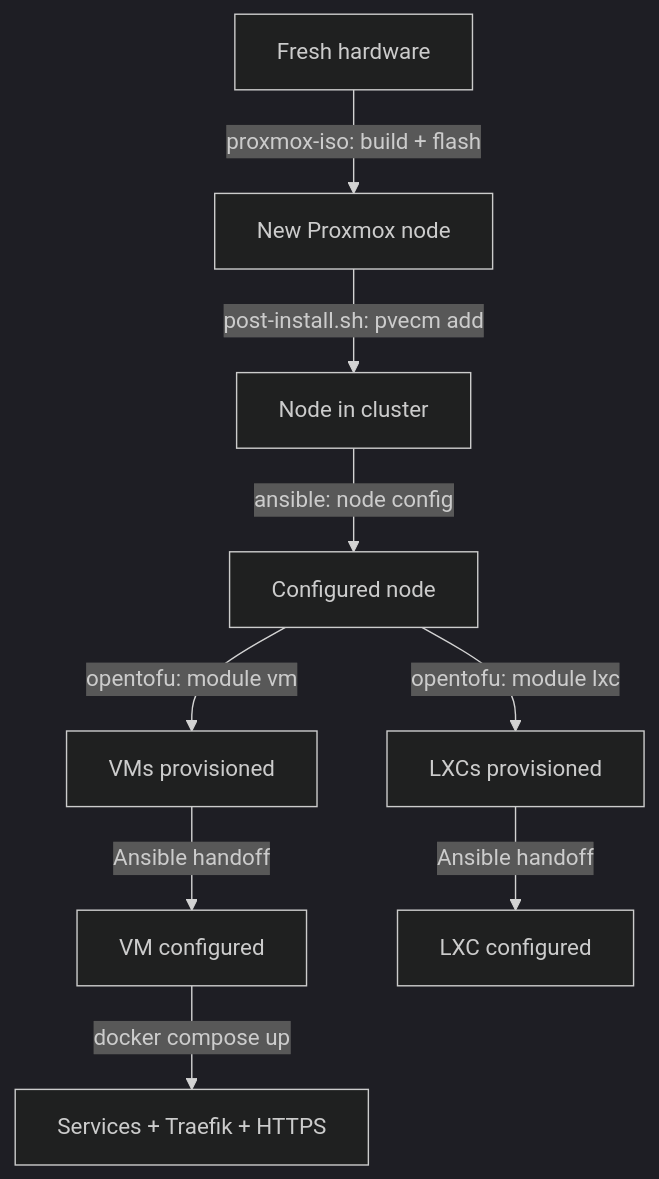
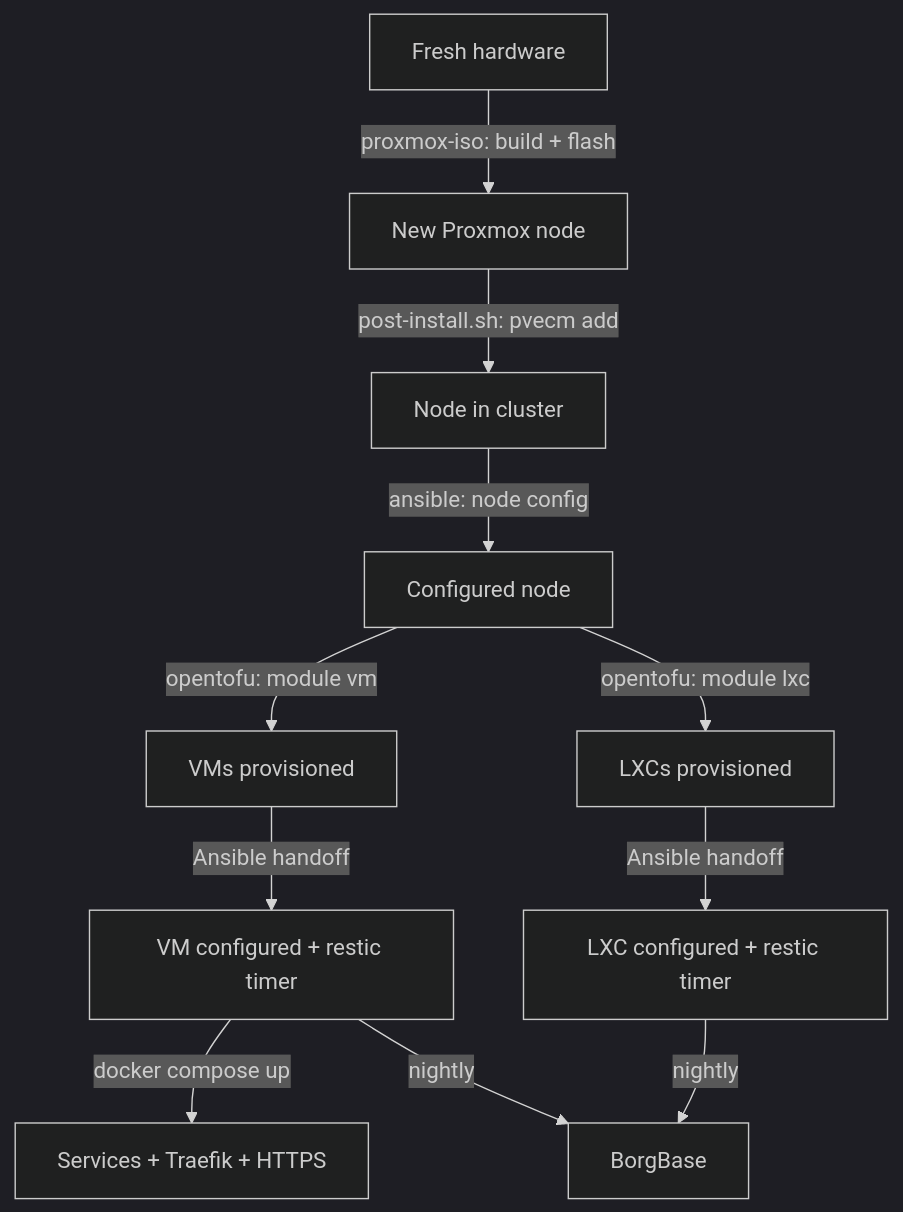
One commit to mradamclark/proxmox-setup changed the diagram in README.md. Above: the diagram before and after it, drawn with Mermaid (dark theme). The commit also changed other lines of this file and 33 other files, not shown here.

````diff
--- a/README.md
+++ b/README.md
@@ -19,11 +19,13 @@
 ```mermaid
 flowchart TD
     A[Fresh hardware] -->|proxmox-iso: build + flash| B[New Proxmox node]
     B -->|post-install.sh: pvecm add| C[Node in cluster]
     C -->|ansible: node config| D[Configured node]
     D -->|opentofu: module vm| E[VMs provisioned]
     D -->|opentofu: module lxc| F[LXCs provisioned]
-    E -->|Ansible handoff| G[VM configured]
-    F -->|Ansible handoff| H[LXC configured]
+    E -->|Ansible handoff| G[VM configured + restic timer]
+    F -->|Ansible handoff| H[LXC configured + restic timer]
     G -->|docker compose up| I[Services + Traefik + HTTPS]
+    G -->|nightly| J[BorgBase]
+    H -->|nightly| J
 ```
````
